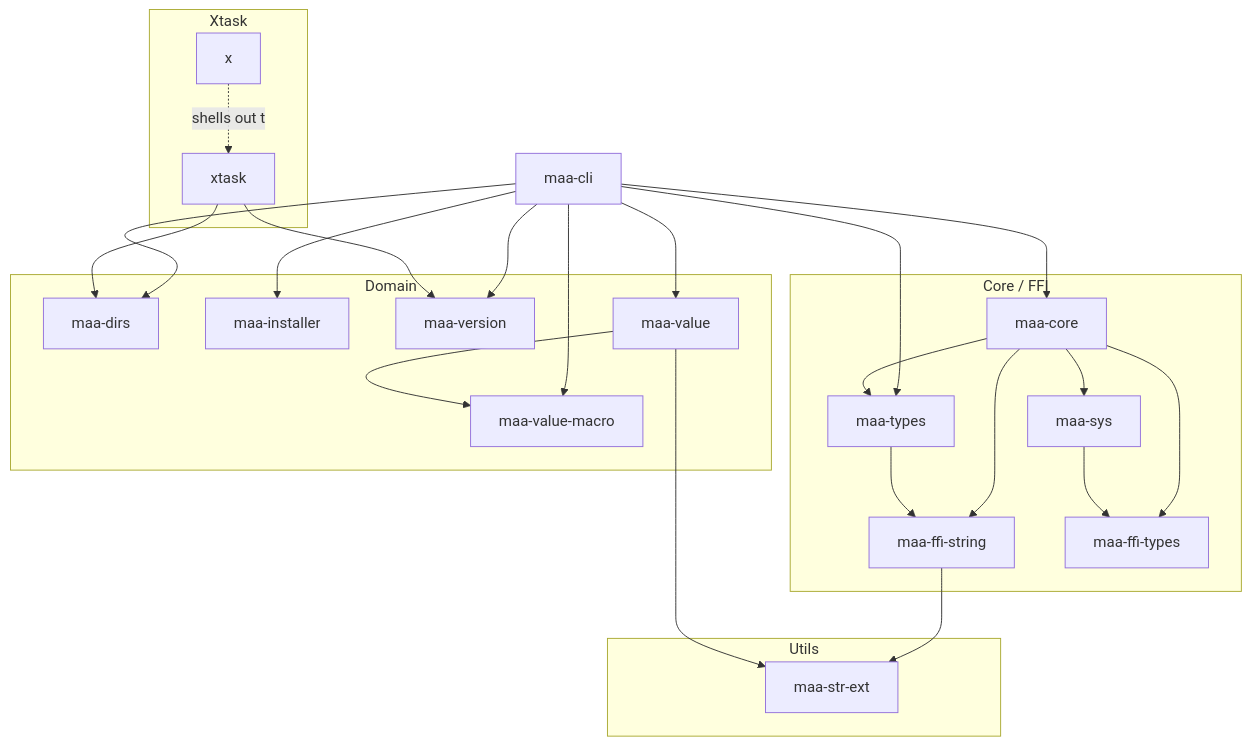
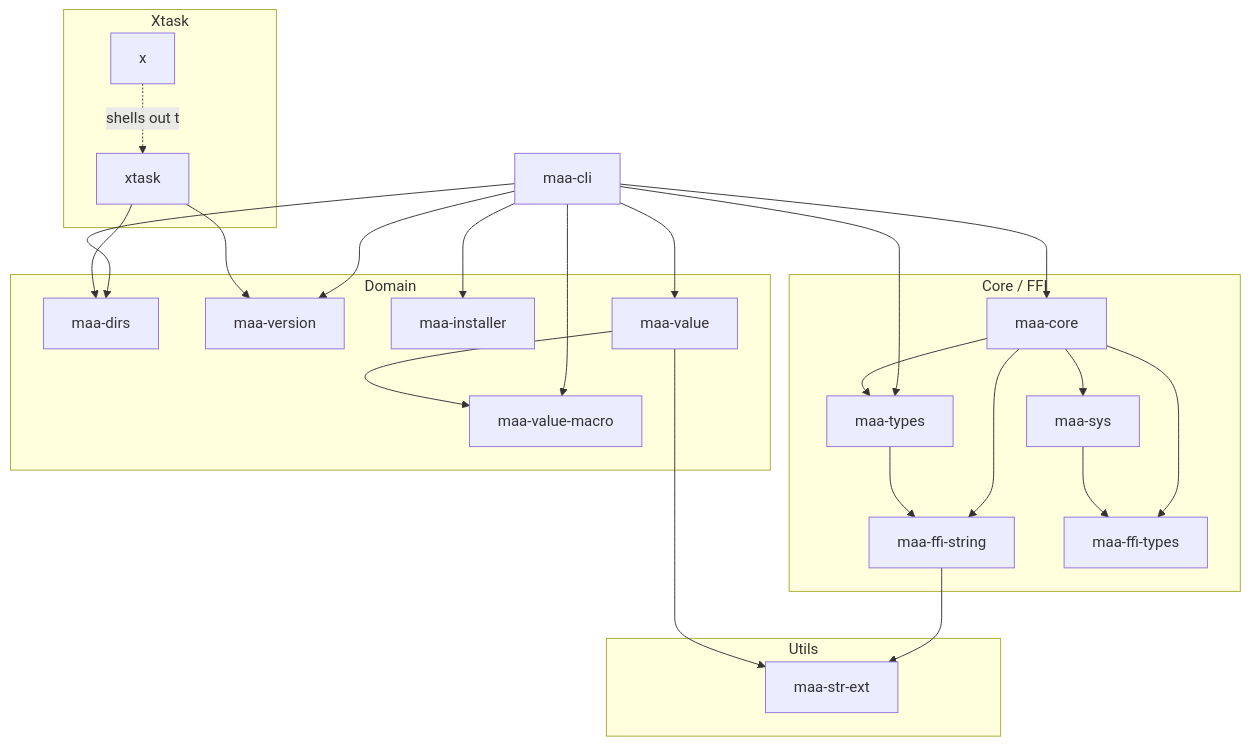
One commit to MaaAssistantArknights/maa-cli changed the diagram in DEVELOPMENT.md. Above: the diagram before and after it, drawn with Mermaid. The commit also changed other lines of this file, not shown here.

````diff
--- a/DEVELOPMENT.md
+++ b/DEVELOPMENT.md
@@ -69,53 +69,53 @@
 ```mermaid
 graph TD
     CLI["maa-cli"]
 
     subgraph Domain
         DIRS["maa-dirs"]
+        VERSION["maa-version"]
         INSTALLER["maa-installer"]
-        VERSION["maa-version"]
         VALUE["maa-value"]
         VALMACRO["maa-value-macro"]
     end
 
     subgraph Core["Core / FFI"]
         CORE["maa-core"]
         SYS["maa-sys"]
         FFISTR["maa-ffi-string"]
         TYPES["maa-types"]
         FFITYPES["maa-ffi-types"]
     end
 
     subgraph Utils
         STREXT["maa-str-ext"]
     end
     
     subgraph Xtask
         XTASK["xtask"]
         X["x"]
     end
 
     CLI --> CORE
     CLI --> DIRS
     CLI --> INSTALLER
     CLI --> TYPES
     CLI --> VALUE
     CLI --> VALMACRO
     CLI --> VERSION
 
     CORE --> SYS
     CORE --> TYPES
     CORE --> FFISTR
     CORE --> FFITYPES
 
     SYS --> FFITYPES
     TYPES --> FFISTR
 
     FFISTR --> STREXT
     VALUE --> STREXT
     VALUE --> VALMACRO
     
     XTASK --> DIRS
     XTASK --> VERSION
     X -.shells out to.-> XTASK
 ```
````
